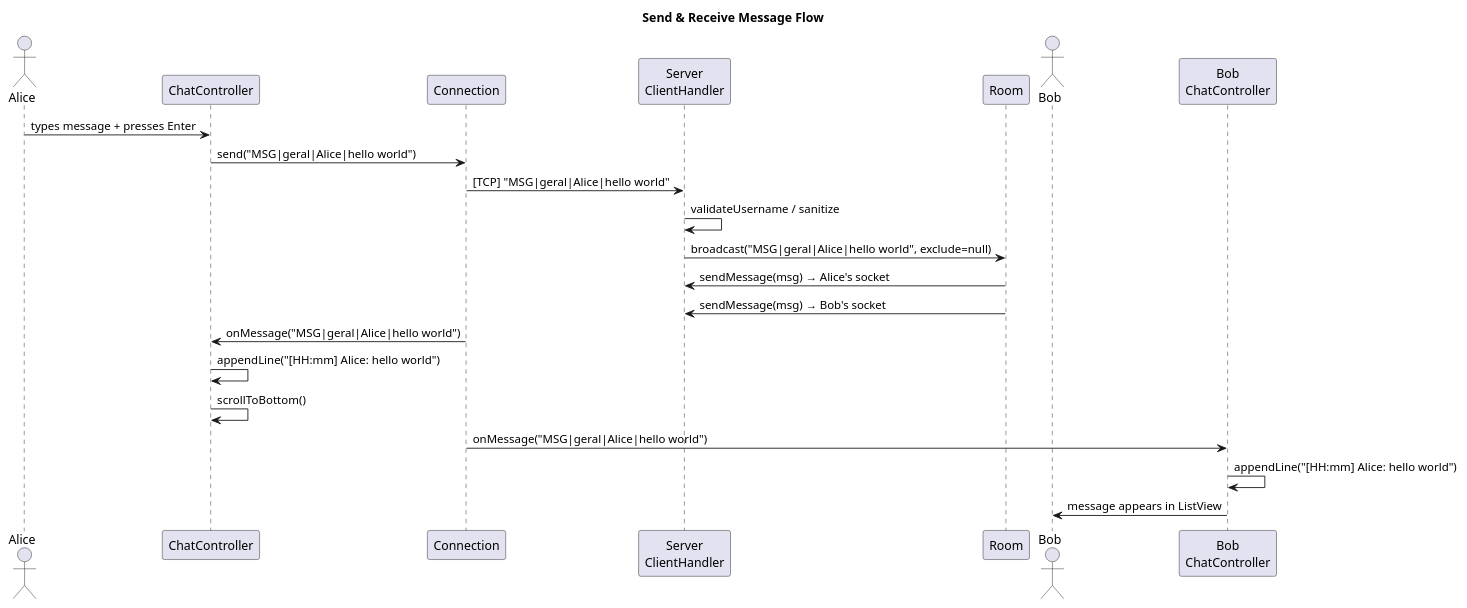
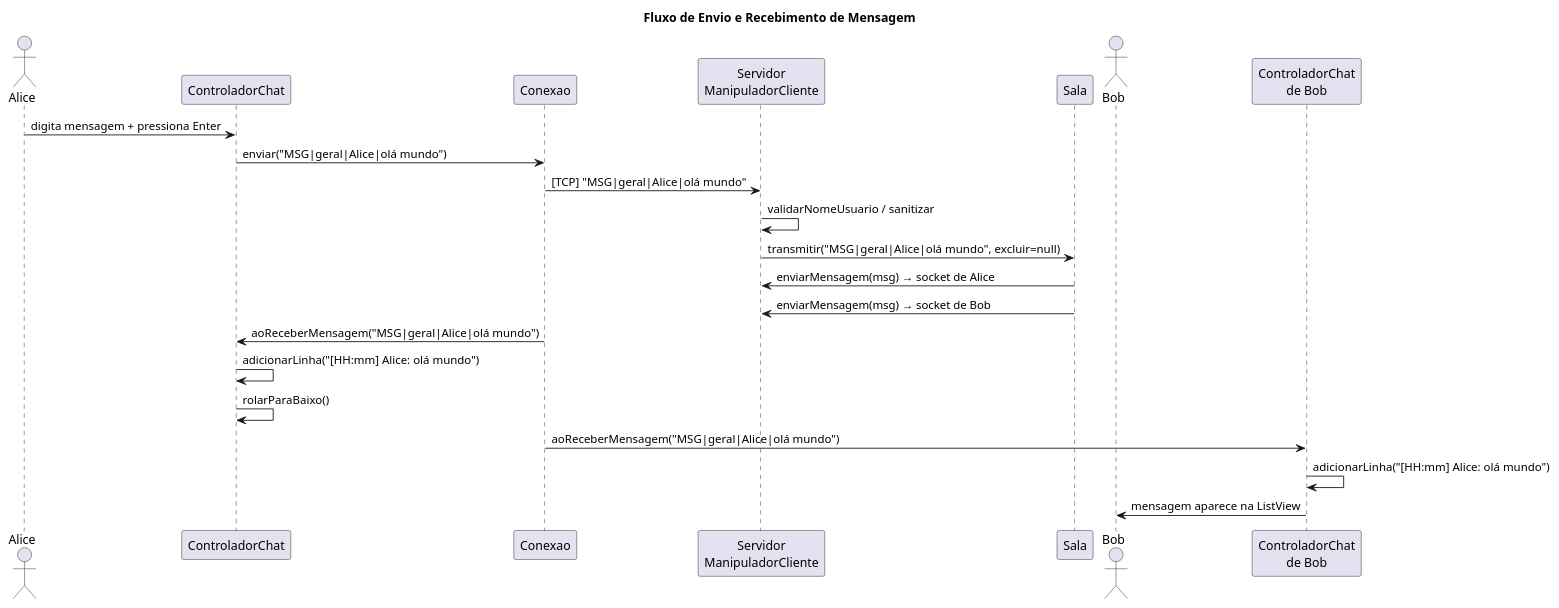
The third of 6 diagrams in uml/diagrams.puml (ErickHTF/ZapIF), drawn with PlantUML before and after one commit. The commit also changed other lines of this file and 30 other files, not shown here.

Commit message:
feat/UI - fix: traduzindo diagramas e referencias em classes e pacotes

```diff
--- a/uml/diagrams.puml
+++ b/uml/diagrams.puml
@@ -273,29 +273,29 @@
-@startuml sequence_chat
-title Send & Receive Message Flow
+@startuml sequencia_chat
+title Fluxo de Envio e Recebimento de Mensagem
 
 actor       Alice
-participant ChatController as CC
-participant Connection     as CONN
-participant "Server\nClientHandler" as CH
-participant Room
+participant ControladorChat as CC
+participant Conexao          as CONN
+participant "Servidor\nManipuladorCliente" as MC
+participant Sala
 actor       Bob
 
-Alice -> CC   : types message + presses Enter
-CC    -> CONN : send("MSG|geral|Alice|hello world")
+Alice -> CC   : digita mensagem + pressiona Enter
+CC    -> CONN : enviar("MSG|geral|Alice|olá mundo")
 
-CONN  -> CH   : [TCP] "MSG|geral|Alice|hello world"
-CH    -> CH   : validateUsername / sanitize
-CH    -> Room : broadcast("MSG|geral|Alice|hello world", exclude=null)
+CONN  -> MC   : [TCP] "MSG|geral|Alice|olá mundo"
+MC    -> MC   : validarNomeUsuario / sanitizar
+MC    -> Sala : transmitir("MSG|geral|Alice|olá mundo", excluir=null)
 
-Room  -> CH   : sendMessage(msg) → Alice's socket
-Room  -> CH   : sendMessage(msg) → Bob's socket
+Sala  -> MC   : enviarMensagem(msg) → socket de Alice
+Sala  -> MC   : enviarMensagem(msg) → socket de Bob
 
-CONN  -> CC   : onMessage("MSG|geral|Alice|hello world")
-CC    -> CC   : appendLine("[HH:mm] Alice: hello world")
-CC    -> CC   : scrollToBottom()
+CONN  -> CC   : aoReceberMensagem("MSG|geral|Alice|olá mundo")
+CC    -> CC   : adicionarLinha("[HH:mm] Alice: olá mundo")
+CC    -> CC   : rolarParaBaixo()
 
-CONN  -> "Bob\nChatController" as BCC : onMessage("MSG|geral|Alice|hello world")
-BCC   -> BCC  : appendLine("[HH:mm] Alice: hello world")
-BCC   -> Bob  : message appears in ListView
+CONN  -> "ControladorChat\nde Bob" as CCB : aoReceberMensagem("MSG|geral|Alice|olá mundo")
+CCB   -> CCB  : adicionarLinha("[HH:mm] Alice: olá mundo")
+CCB   -> Bob  : mensagem aparece na ListView
 
 @enduml
```
